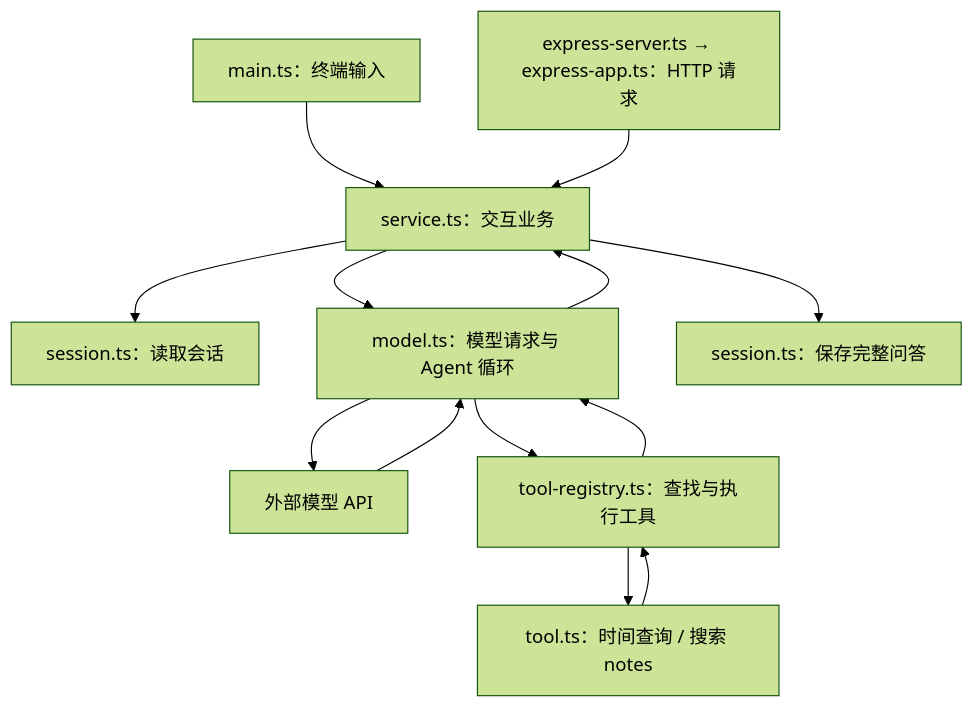
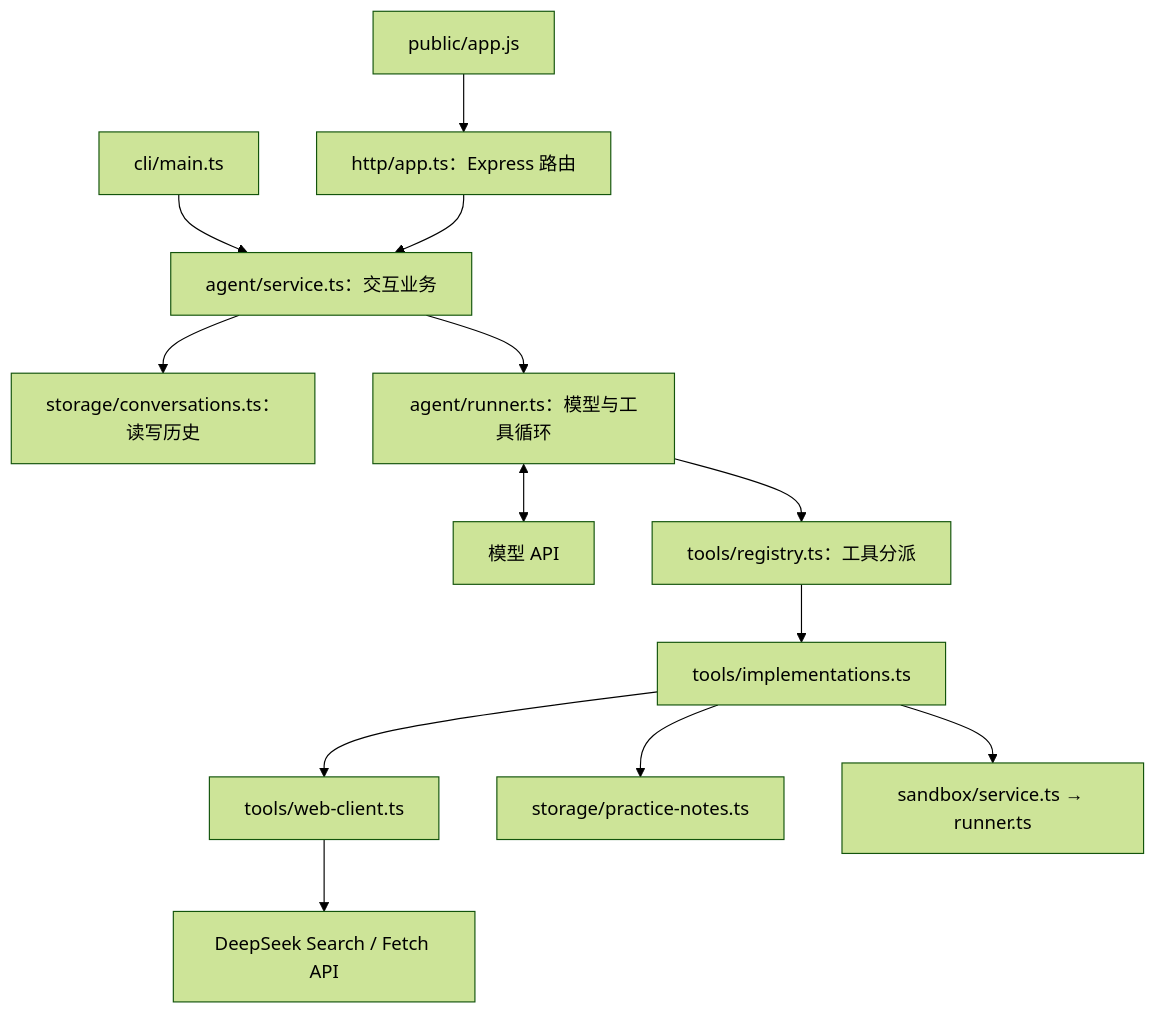
The diagram in APPLICATION_FLOW.md (calmaknc/AlgoPilot), drawn with Mermaid (forest theme) before and after one commit. The commit also changed other lines of this file and 24 other files, not shown here.

Commit message:
feat: add web tools, execution metrics and append-only sessions

````diff
--- a/APPLICATION_FLOW.md
+++ b/APPLICATION_FLOW.md
@@ -57,15 +50,15 @@
 ```mermaid
 flowchart TD
-    CLI["main.ts：终端输入"] --> SERVICE["service.ts：交互业务"]
-    HTTP["express-server.ts → express-app.ts：HTTP 请求"] --> SERVICE
-    SERVICE --> LOAD["session.ts：读取会话"]
-    SERVICE --> MODEL["model.ts：模型请求与 Agent 循环"]
-    MODEL --> API["外部模型 API"]
-    API --> MODEL
-    MODEL --> REGISTRY["tool-registry.ts：查找与执行工具"]
-    REGISTRY --> TOOL["tool.ts：时间查询 / 搜索 notes"]
-    TOOL --> REGISTRY
-    REGISTRY --> MODEL
-    MODEL --> SERVICE
-    SERVICE --> SAVE["session.ts：保存完整问答"]
+    WEB[public/app.js] --> HTTP[http/app.ts：Express 路由]
+    CLI[cli/main.ts] --> SERVICE[agent/service.ts：交互业务]
+    HTTP --> SERVICE
+    SERVICE --> STORE[storage/conversations.ts：读写历史]
+    SERVICE --> RUNNER[agent/runner.ts：模型与工具循环]
+    RUNNER <--> API[模型 API]
+    RUNNER --> REGISTRY[tools/registry.ts：工具分派]
+    REGISTRY --> TOOLS[tools/implementations.ts]
+    TOOLS --> WEBCLIENT[tools/web-client.ts]
+    WEBCLIENT --> SEARCH[DeepSeek Search / Fetch API]
+    TOOLS --> NOTES[storage/practice-notes.ts]
+    TOOLS --> SANDBOX[sandbox/service.ts → runner.ts]
 ```
````
